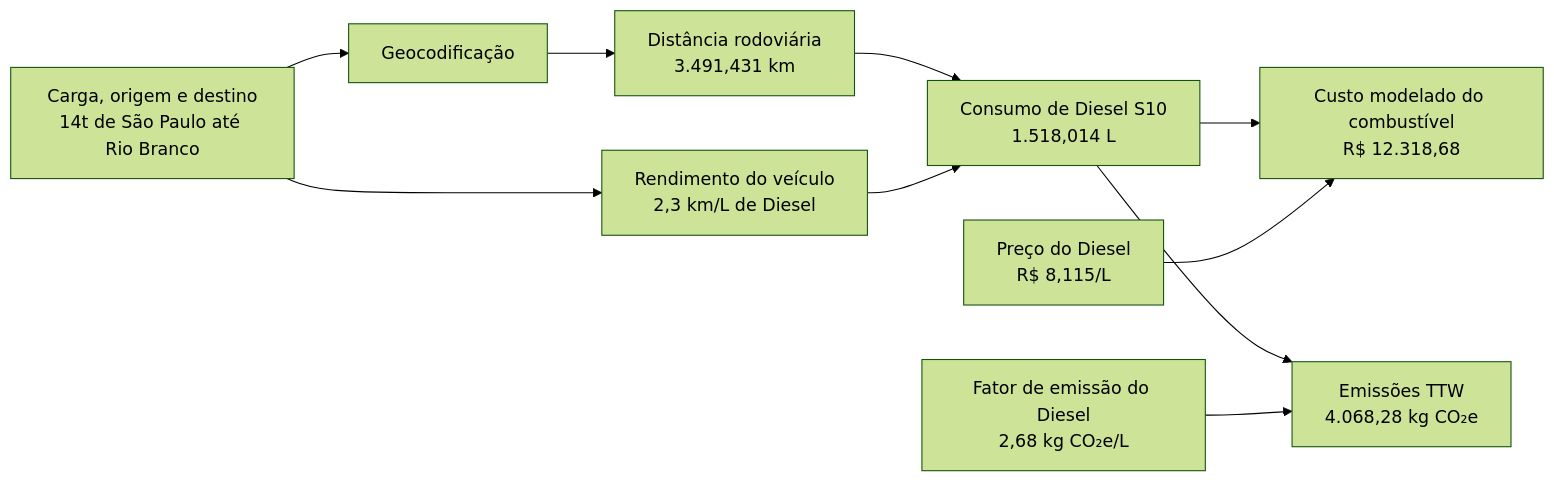
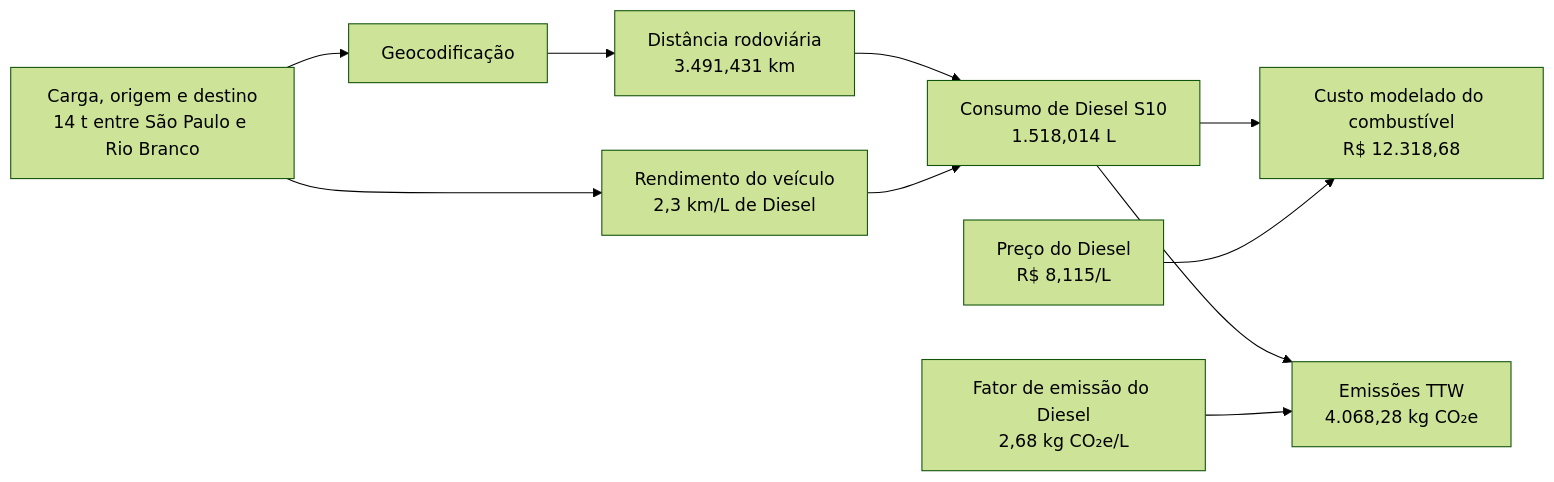
Before and after one commit to pennylanesccp/cabotage-lens: the fifth of 6 diagrams in docs/tf_technical_article_draft.md, drawn with Mermaid (forest theme). The commit also changed other lines of this file and 4 other files, not shown here.

````diff
--- a/docs/tf_technical_article_draft.md
+++ b/docs/tf_technical_article_draft.md
@@ -1244,10 +1199,10 @@
 ```mermaid
 flowchart LR
-    A["Carga, origem e destino<br/>14t de São Paulo até Rio Branco"] --> B["Geocodificação"]
+    A["Carga, origem e destino<br/>14 t entre São Paulo e Rio Branco"] --> B["Geocodificação"]
     A --> D
     B --> C["Distância rodoviária<br/>3.491,431 km"] --> E
     D["Rendimento do veículo<br/>2,3 km/L de Diesel"] --> E["Consumo de Diesel S10<br/>1.518,014 L"] --> F
     P["Preço do Diesel<br/>R$ 8,115/L"] --> F["Custo modelado do combustível<br/>R$ 12.318,68"]
     E --> G
     M["Fator de emissão do Diesel<br/>2,68 kg CO₂e/L"] --> G["Emissões TTW<br/>4.068,28 kg CO₂e"]
 ```
````
